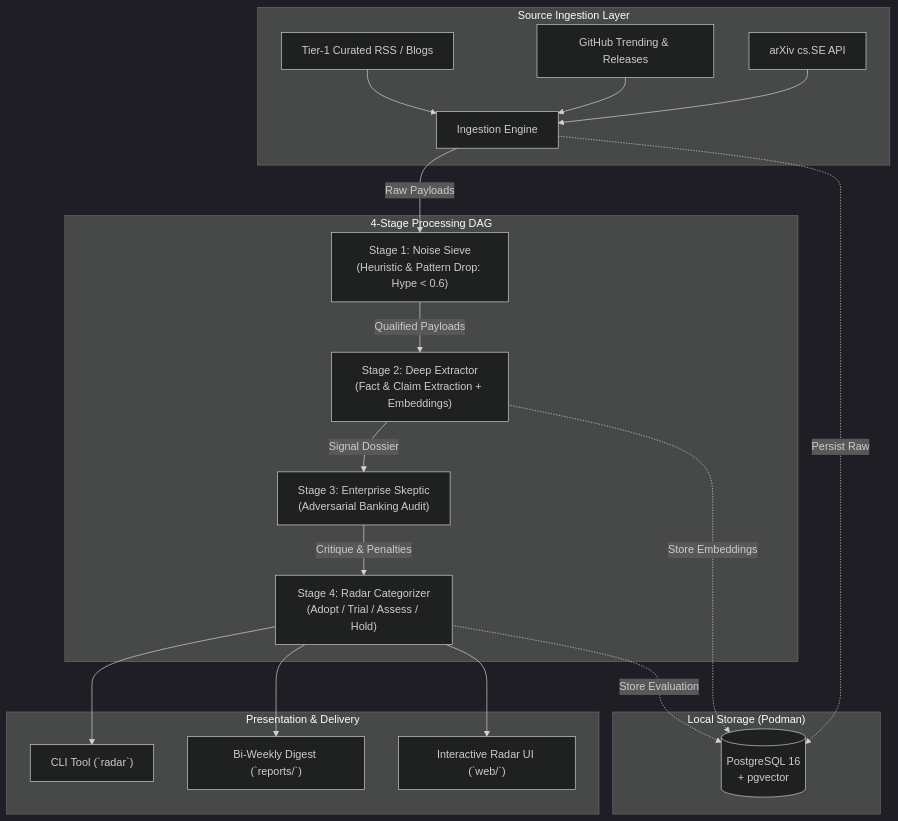
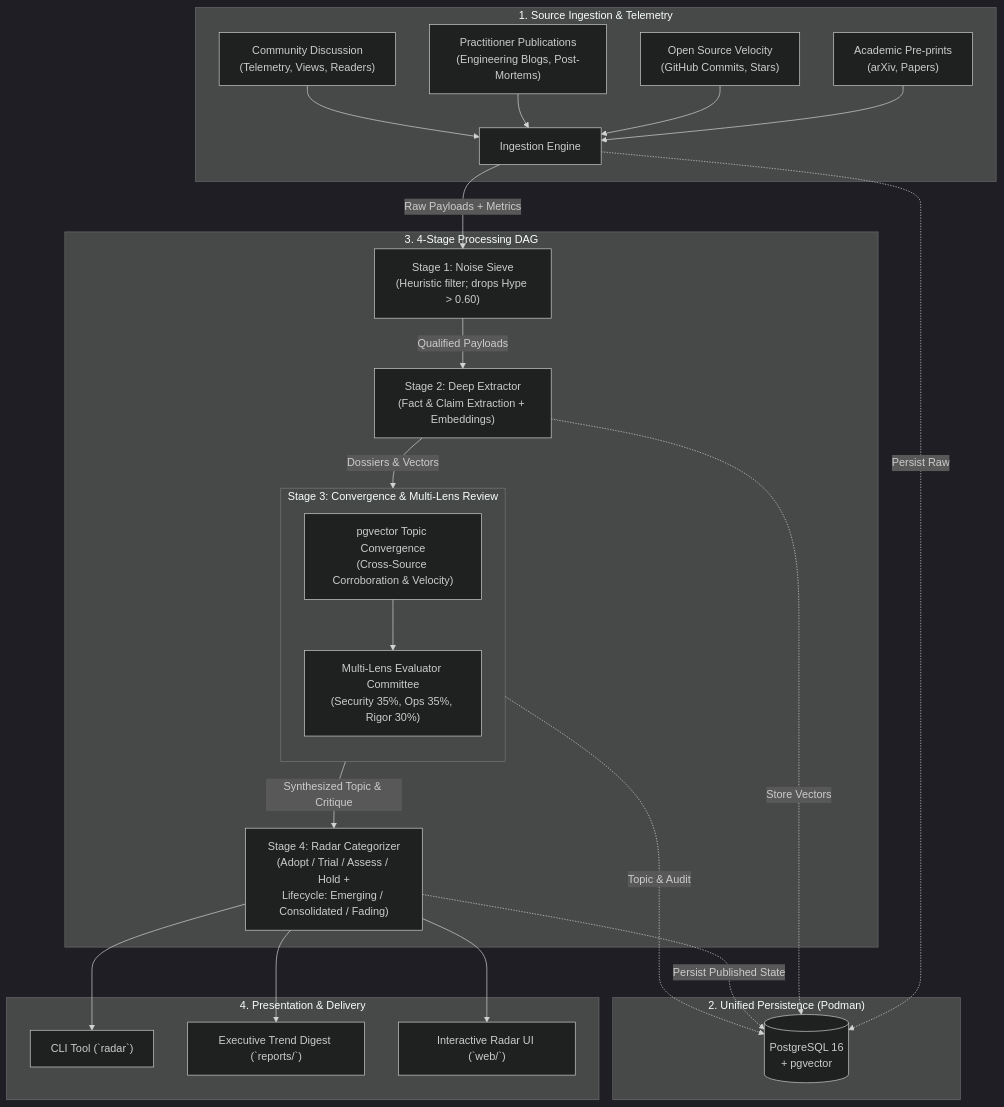
The diagram in README.md (cdr74/trend_research), drawn with Mermaid (dark theme) before and after one commit. The commit also changed other lines of this file and 19 other files, not shown here.

Commit message:
feat(architecture): generalize trend platform, add topic convergence and engagement velocity (Ref: ADR-0000, Backlog M1)

````diff
--- a/README.md
+++ b/README.md
@@ -32,29 +31,39 @@
 ```mermaid
 flowchart TD
-    subgraph Ingestion ["Source Ingestion Layer"]
-        A1["arXiv cs.SE API"] --> ING["Ingestion Engine"]
-        A2["GitHub Trending & Releases"] --> ING
-        A3["Tier-1 Curated RSS / Blogs"] --> ING
+    subgraph Ingestion ["1. Source Ingestion & Telemetry"]
+        A1["Academic Pre-prints\n(arXiv, Papers)"] --> ING["Ingestion Engine"]
+        A2["Open Source Velocity\n(GitHub Commits, Stars)"] --> ING
+        A3["Practitioner Publications\n(Engineering Blogs, Post-Mortems)"] --> ING
+        A4["Community Discussion\n(Telemetry, Views, Readers)"] --> ING
     end
 
-    subgraph Storage ["Local Storage (Podman)"]
+    subgraph Storage ["2. Unified Persistence (Podman)"]
         DB[("PostgreSQL 16\n+ pgvector")]
     end
 
-    subgraph Pipeline ["4-Stage Processing DAG"]
-        ING -->|"Raw Payloads"| S1["Stage 1: Noise Sieve\n(Heuristic & Pattern Drop: Hype < 0.6)"]
+    subgraph Pipeline ["3. 4-Stage Processing DAG"]
+        ING -->|"Raw Payloads + Metrics"| S1["Stage 1: Noise Sieve\n(Heuristic filter; drops Hype > 0.60)"]
         S1 -->|"Qualified Payloads"| S2["Stage 2: Deep Extractor\n(Fact & Claim Extraction + Embeddings)"]
-        S2 -->|"Signal Dossier"| S3["Stage 3: Enterprise Skeptic\n(Adversarial Banking Audit)"]
-        S3 -->|"Critique & Penalties"| S4["Stage 4: Radar Categorizer\n(Adopt / Trial / Assess / Hold)"]
+        
+        subgraph S3 ["Stage 3: Convergence & Multi-Lens Review"]
+            direction TB
+            CORR["pgvector Topic Convergence\n(Cross-Source Corroboration & Velocity)"]
+            COMM["Multi-Lens Evaluator Committee\n(Security 35%, Ops 35%, Rigor 30%)"]
+            CORR --> COMM
+        end
+
+        S2 -->|"Dossiers & Vectors"| S3
+        S3 -->|"Synthesized Topic & Critique"| S4["Stage 4: Radar Categorizer\n(Adopt / Trial / Assess / Hold +\nLifecycle: Emerging / Consolidated / Fading)"]
     end
 
     ING -.->|"Persist Raw"| DB
-    S2 -.->|"Store Embeddings"| DB
-    S4 -.->|"Store Evaluation"| DB
+    S2 -.->|"Store Vectors"| DB
+    S3 -.->|"Topic & Audit"| DB
+    S4 -.->|"Persist Published State"| DB
 
-    subgraph Presentation ["Presentation & Delivery"]
+    subgraph Presentation ["4. Presentation & Delivery"]
         S4 --> CLI["CLI Tool (`radar`)"]
-        S4 --> REP["Bi-Weekly Digest (`reports/`)"]
+        S4 --> REP["Executive Trend Digest (`reports/`)"]
         S4 --> WEB["Interactive Radar UI (`web/`)"]
     end
 ```
````
